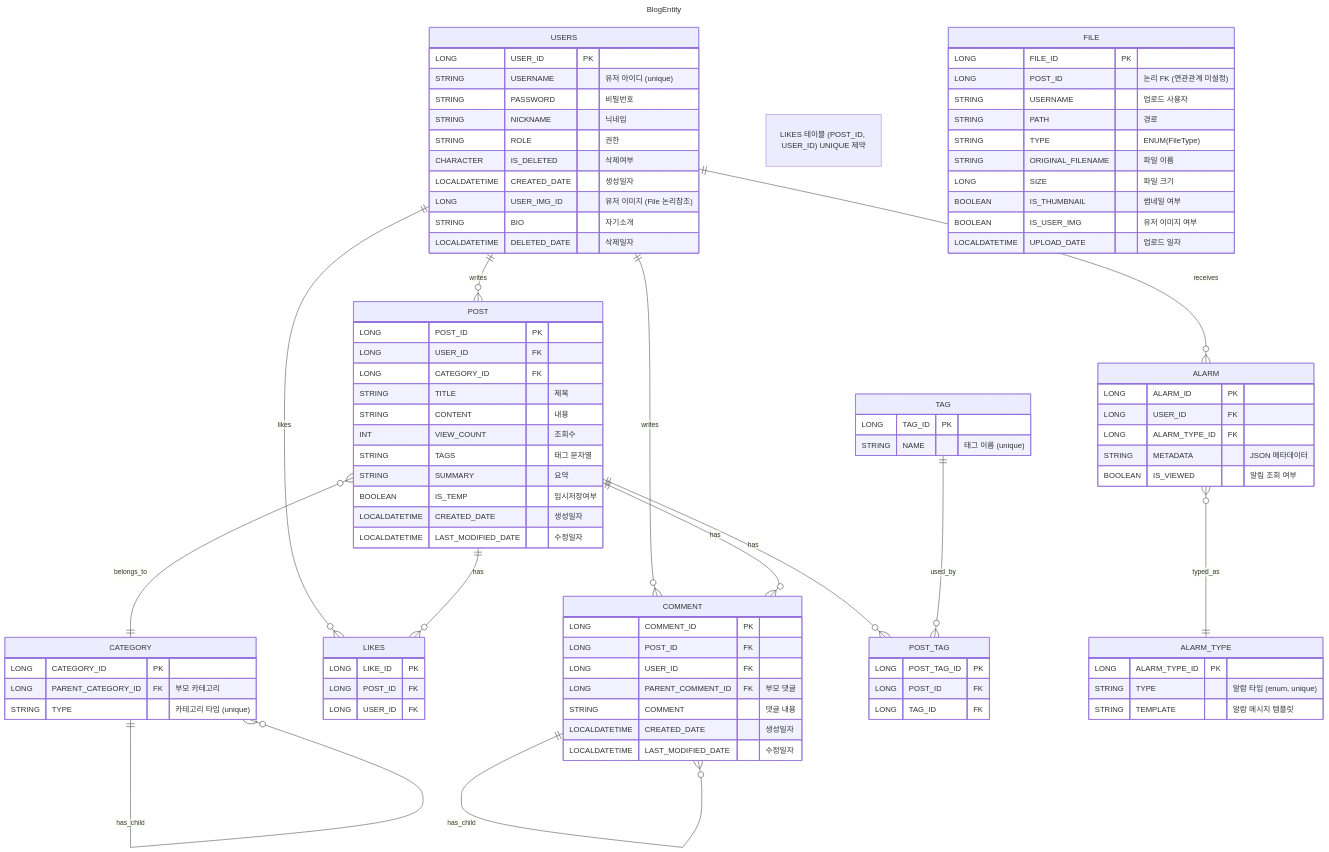
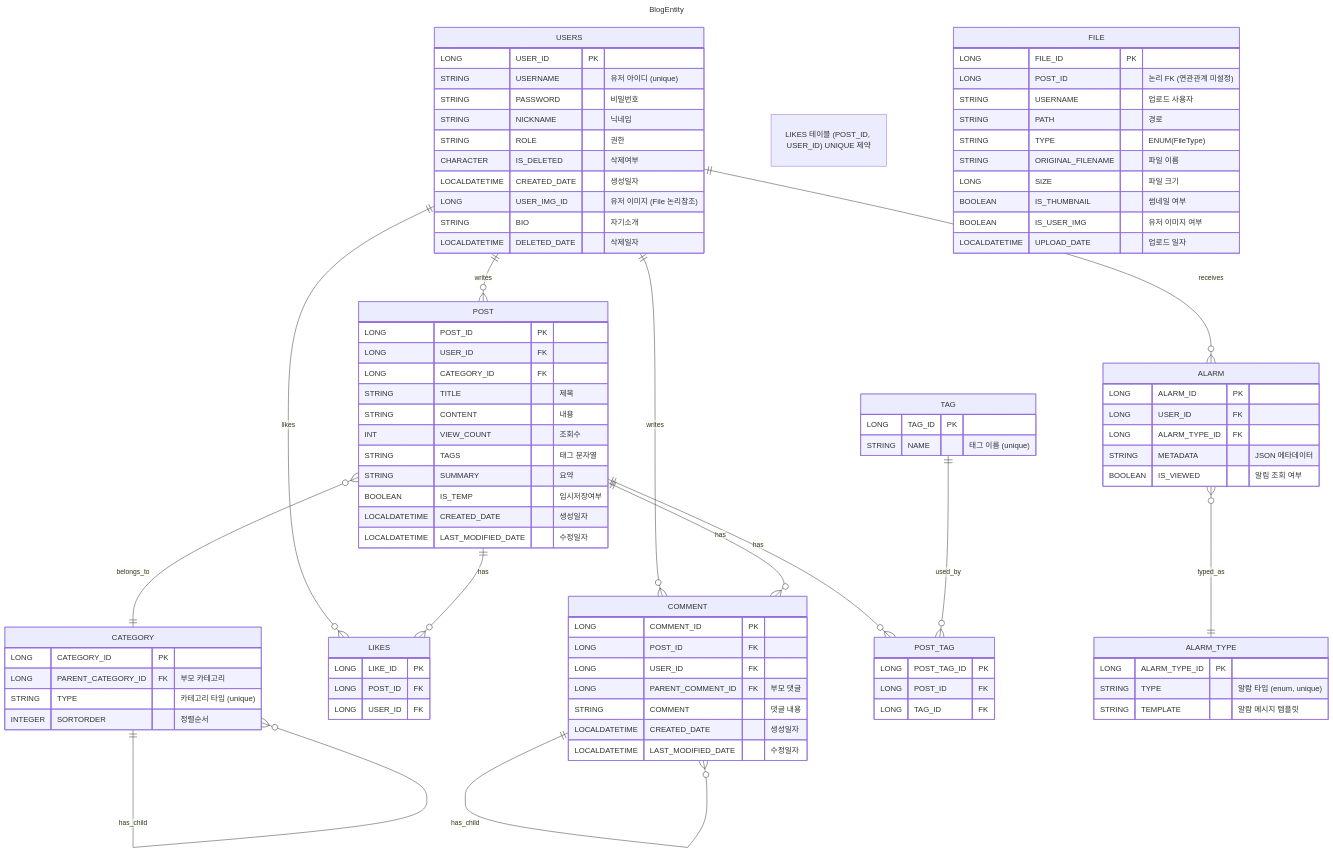
Before and after one commit to Giljinsu/SolveLog: the diagram in README.md, drawn with Mermaid. The commit also changed other lines of this file and 32 other files, not shown here.

```diff
--- a/README.md
+++ b/README.md
@@ -181,6 +195,7 @@
     LONG CATEGORY_ID PK
     LONG PARENT_CATEGORY_ID FK "부모 카테고리"
     STRING TYPE "카테고리 타입 (unique)"
+    INTEGER SORTORDER "정렬순서"
   }
 
   ALARM }o--|| ALARM_TYPE : typed_as
```
